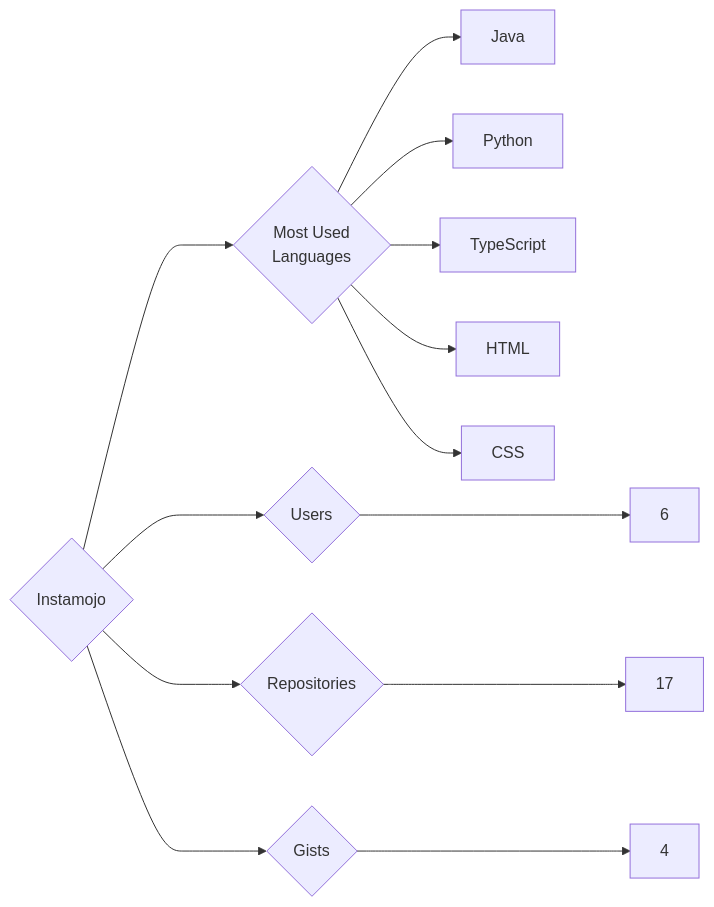
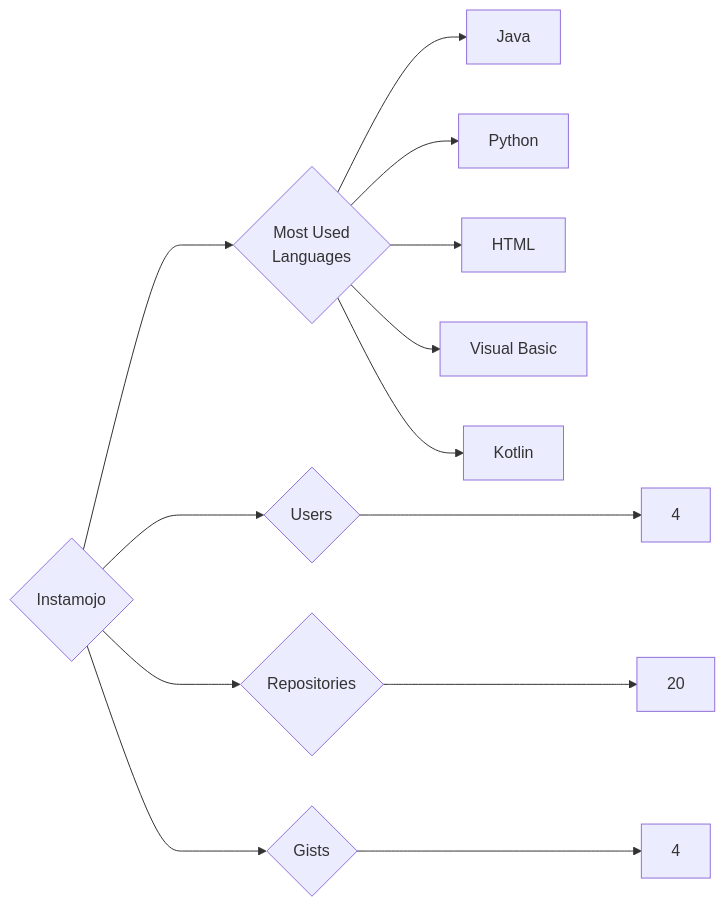
The diagram in targets/Instamojo/README.md (trickest/insiders), drawn with Mermaid before and after one commit. The commit also changed 1170 other files, not shown here.

````diff
--- a/targets/Instamojo/README.md
+++ b/targets/Instamojo/README.md
@@ -3,13 +3,13 @@
 ```mermaid
 graph LR
 COMPANY_NAME{Instamojo}
-COMPANY_NAME ---> U{Users} ---> UN[6]
-COMPANY_NAME ---> R{Repositories} ---> RN[17]
+COMPANY_NAME ---> U{Users} ---> UN[4]
+COMPANY_NAME ---> R{Repositories} ---> RN[20]
 COMPANY_NAME ---> G{Gists} ---> GN[4]
 COMPANY_NAME ---> ML{Most Used<br>Languages}
 ML --> Java[Java]
 ML --> Python[Python]
-ML --> TypeScript[TypeScript]
 ML --> HTML[HTML]
-ML --> CSS[CSS]
+ML --> Visual_Basic[Visual Basic]
+ML --> Kotlin[Kotlin]
 ```
````
